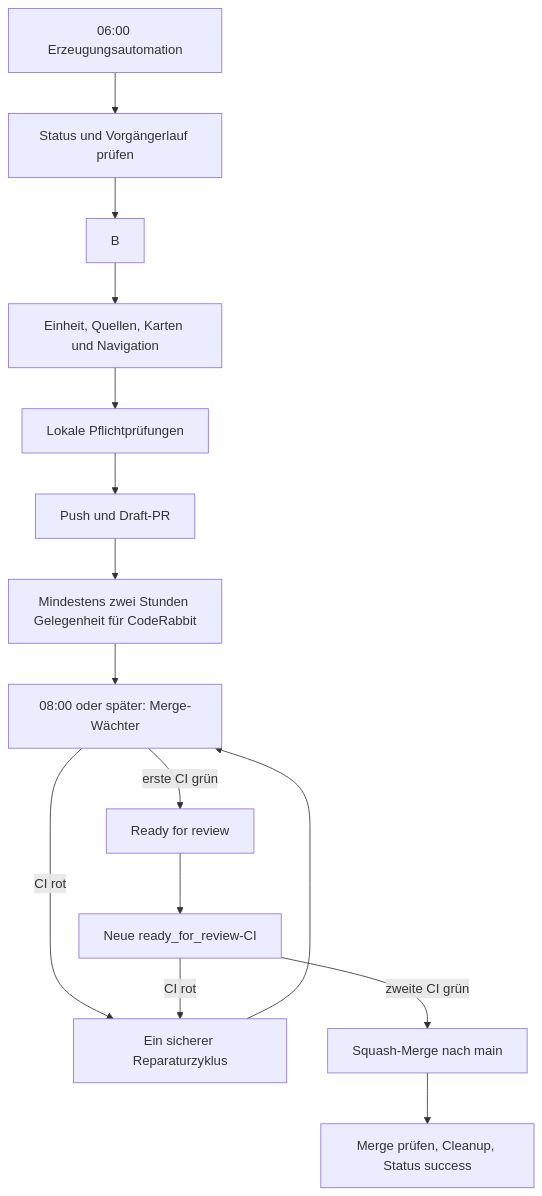
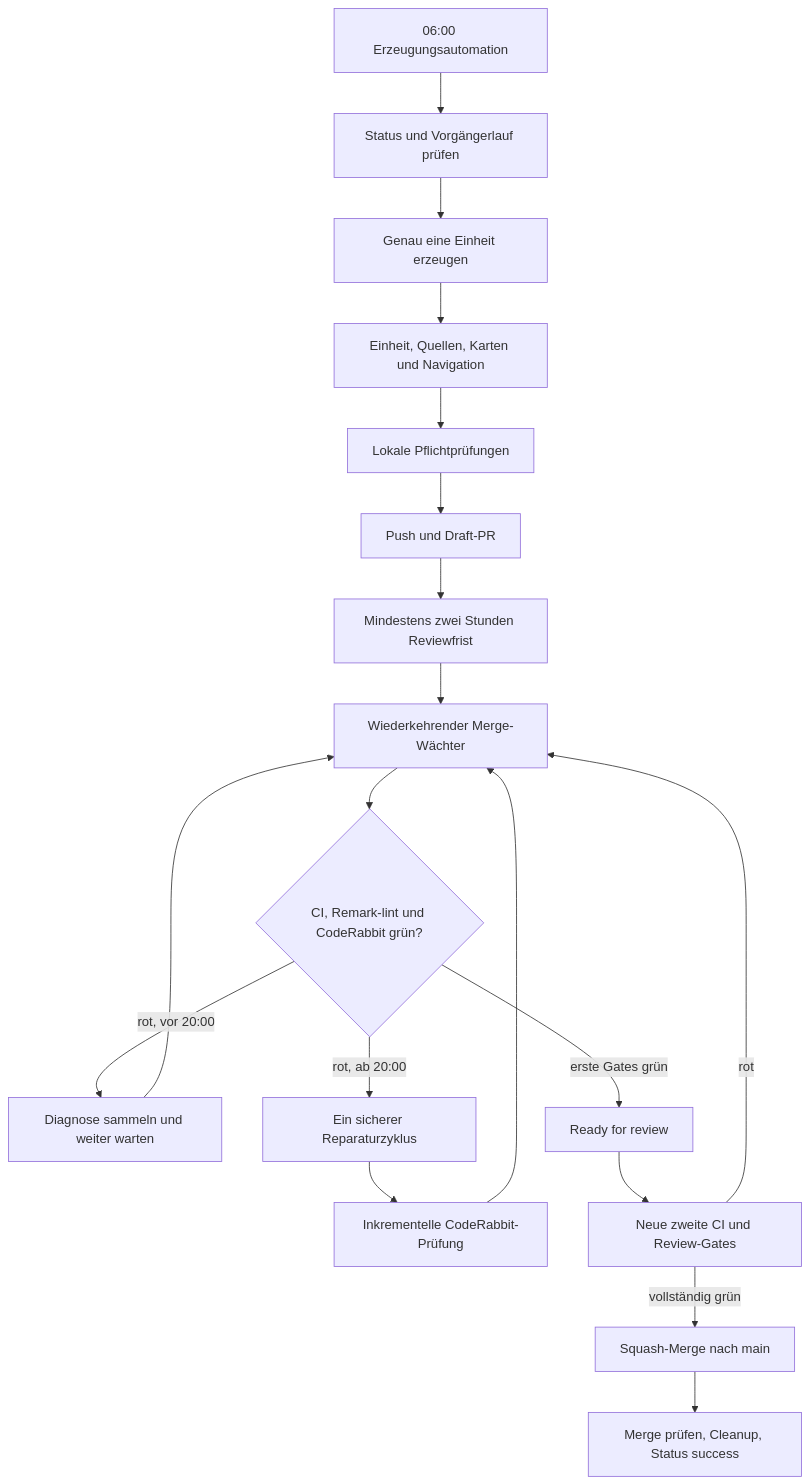
The diagram in prompts/README.md (H234598/ADHS-Lernpfad), drawn with Mermaid before and after one commit. The commit also changed other lines of this file, not shown here.

Commit message:
docs: update automation pipeline for hard review gate

````diff
--- a/prompts/README.md
+++ b/prompts/README.md
@@ -14,17 +16,21 @@
 ```mermaid
 flowchart TD
   A[06:00 Erzeugungsautomation] --> S[Status und Vorgängerlauf prüfen]
-  S --> B
+  S --> B[Genau eine Einheit erzeugen]
   B --> C[Einheit, Quellen, Karten und Navigation]
   C --> D[Lokale Pflichtprüfungen]
   D --> E[Push und Draft-PR]
-  E --> F[Mindestens zwei Stunden Gelegenheit für CodeRabbit]
-  F --> G[08:00 oder später: Merge-Wächter]
-  G -->|CI rot| R[Ein sicherer Reparaturzyklus]
-  R --> G
-  G -->|erste CI grün| H[Ready for review]
-  H --> I[Neue ready_for_review-CI]
-  I -->|CI rot| R
-  I -->|zweite CI grün| J[Squash-Merge nach main]
+  E --> F[Mindestens zwei Stunden Reviewfrist]
+  F --> G[Wiederkehrender Merge-Wächter]
+  G --> Q{CI, Remark-lint und CodeRabbit grün?}
+  Q -->|rot, vor 20:00| W[Diagnose sammeln und weiter warten]
+  W --> G
+  Q -->|rot, ab 20:00| R[Ein sicherer Reparaturzyklus]
+  R --> CR[Inkrementelle CodeRabbit-Prüfung]
+  CR --> G
+  Q -->|erste Gates grün| H[Ready for review]
+  H --> I[Neue zweite CI und Review-Gates]
+  I -->|rot| G
+  I -->|vollständig grün| J[Squash-Merge nach main]
   J --> K[Merge prüfen, Cleanup, Status success]
 ```
````
